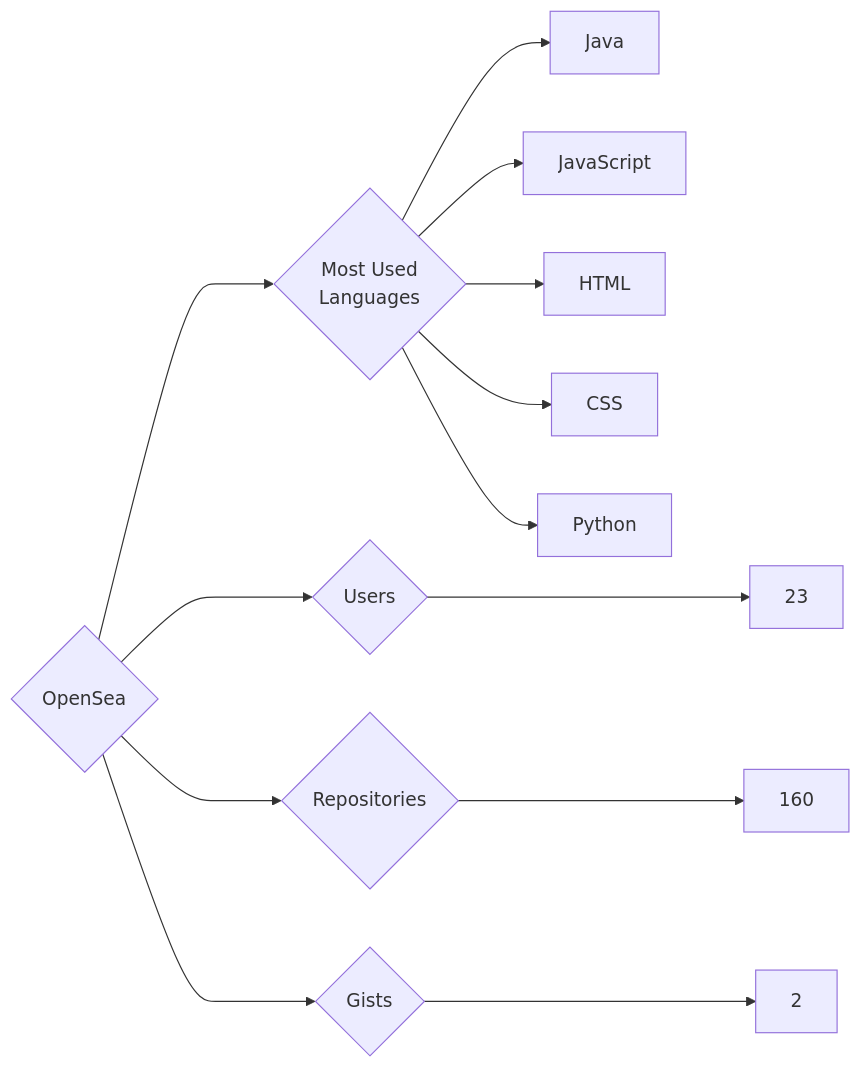
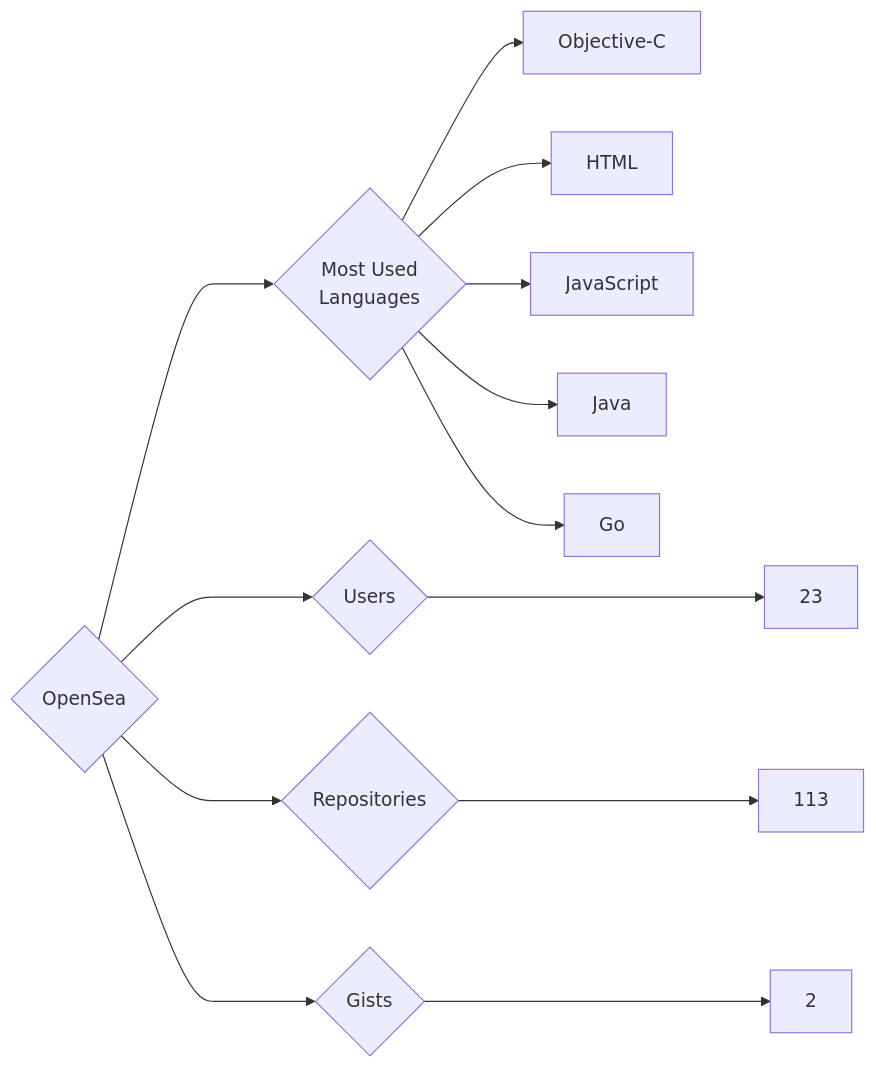
Before and after one commit to trickest/insiders: the diagram in targets/OpenSea/README.md, drawn with Mermaid. The commit also changed 799 other files, not shown here.

````diff
--- a/targets/OpenSea/README.md
+++ b/targets/OpenSea/README.md
@@ -3,13 +3,13 @@
 ```mermaid
 graph LR
 COMPANY_NAME{OpenSea}
 COMPANY_NAME ---> U{Users} ---> UN[23]
-COMPANY_NAME ---> R{Repositories} ---> RN[160]
+COMPANY_NAME ---> R{Repositories} ---> RN[113]
 COMPANY_NAME ---> G{Gists} ---> GN[2]
 COMPANY_NAME ---> ML{Most Used<br>Languages}
+ML --> Objective-C[Objective-C]
+ML --> HTML[HTML]
+ML --> JavaScript[JavaScript]
 ML --> Java[Java]
-ML --> JavaScript[JavaScript]
-ML --> HTML[HTML]
-ML --> CSS[CSS]
-ML --> Python[Python]
+ML --> Go[Go]
 ```
````
